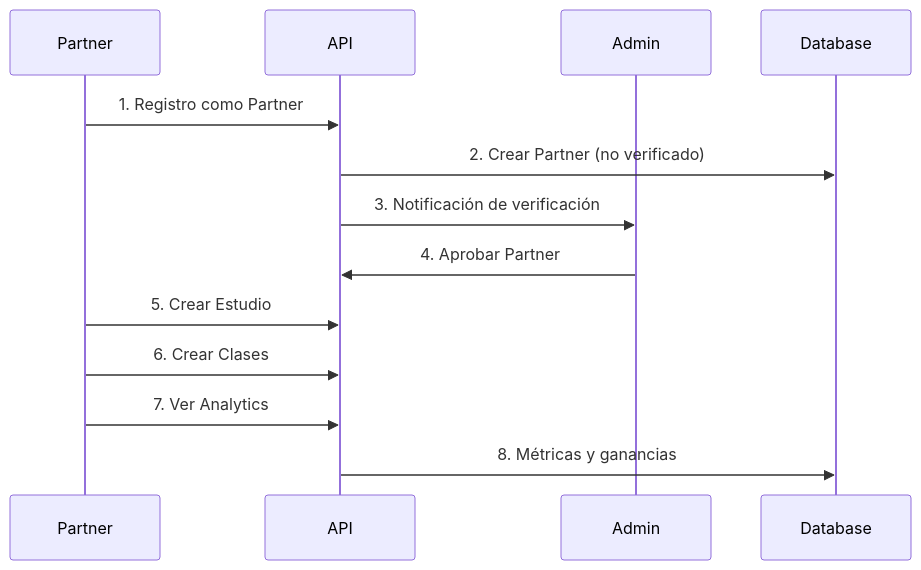
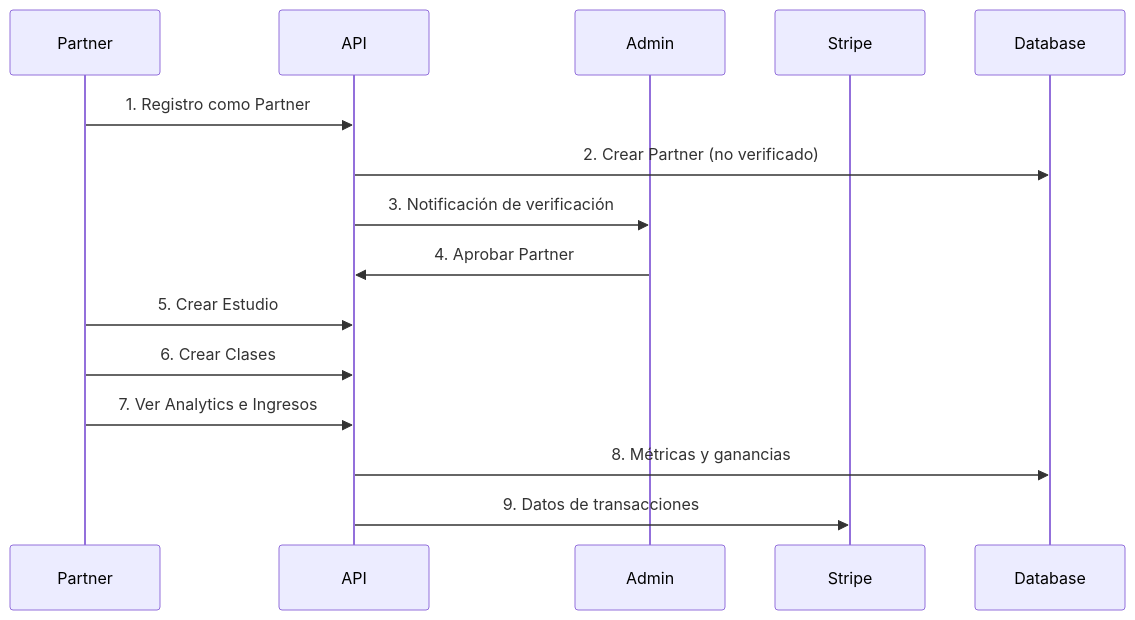
Before and after one commit to Pimboto/tudo-turborepo: the fourth of 5 diagrams in README.md, drawn with Mermaid. The commit also changed other lines of this file and 13 other files, not shown here.

````diff
--- a/README.md
+++ b/README.md
@@ -672,16 +840,18 @@
 ```mermaid
 sequenceDiagram
     participant P as Partner
     participant A as API
     participant AD as Admin
+    participant S as Stripe
     participant DB as Database
     
     P->>A: 1. Registro como Partner
     A->>DB: 2. Crear Partner (no verificado)
     A->>AD: 3. Notificación de verificación
     AD->>A: 4. Aprobar Partner
     P->>A: 5. Crear Estudio
     P->>A: 6. Crear Clases
-    P->>A: 7. Ver Analytics
+    P->>A: 7. Ver Analytics e Ingresos
     A->>DB: 8. Métricas y ganancias
+    A->>S: 9. Datos de transacciones
 ```
````
